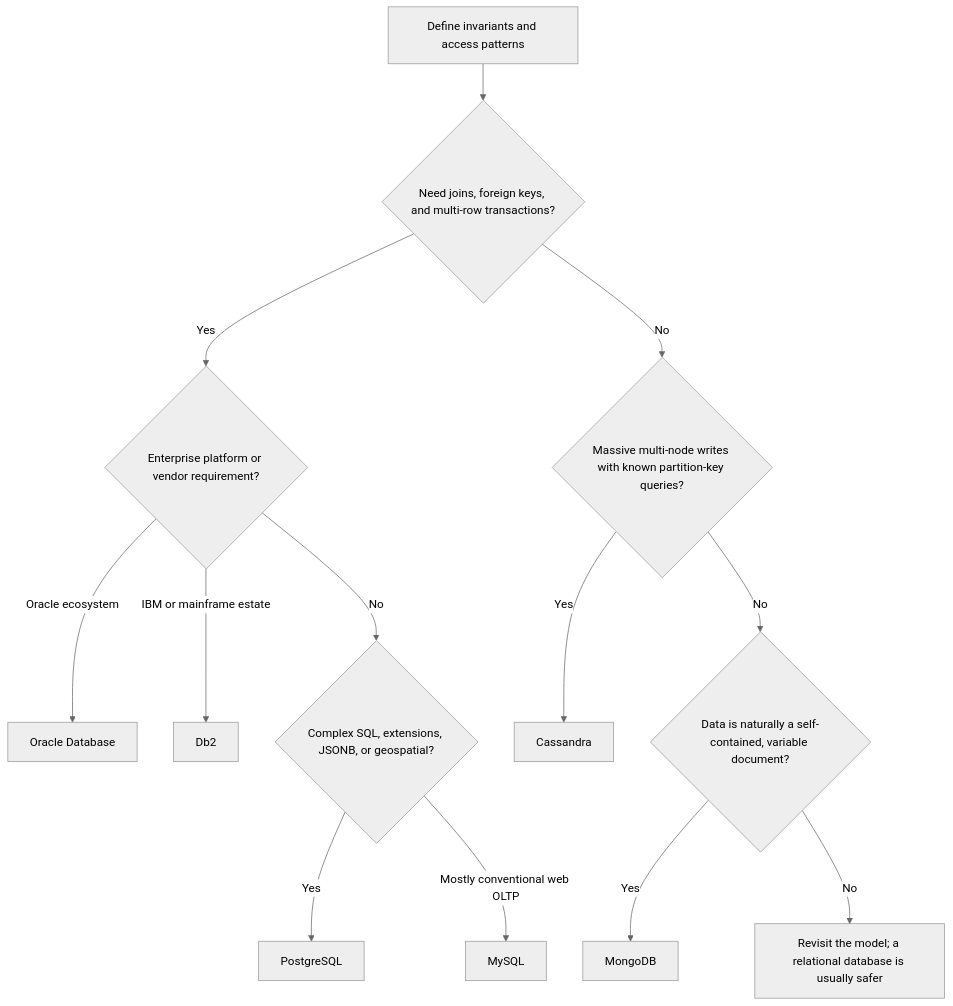
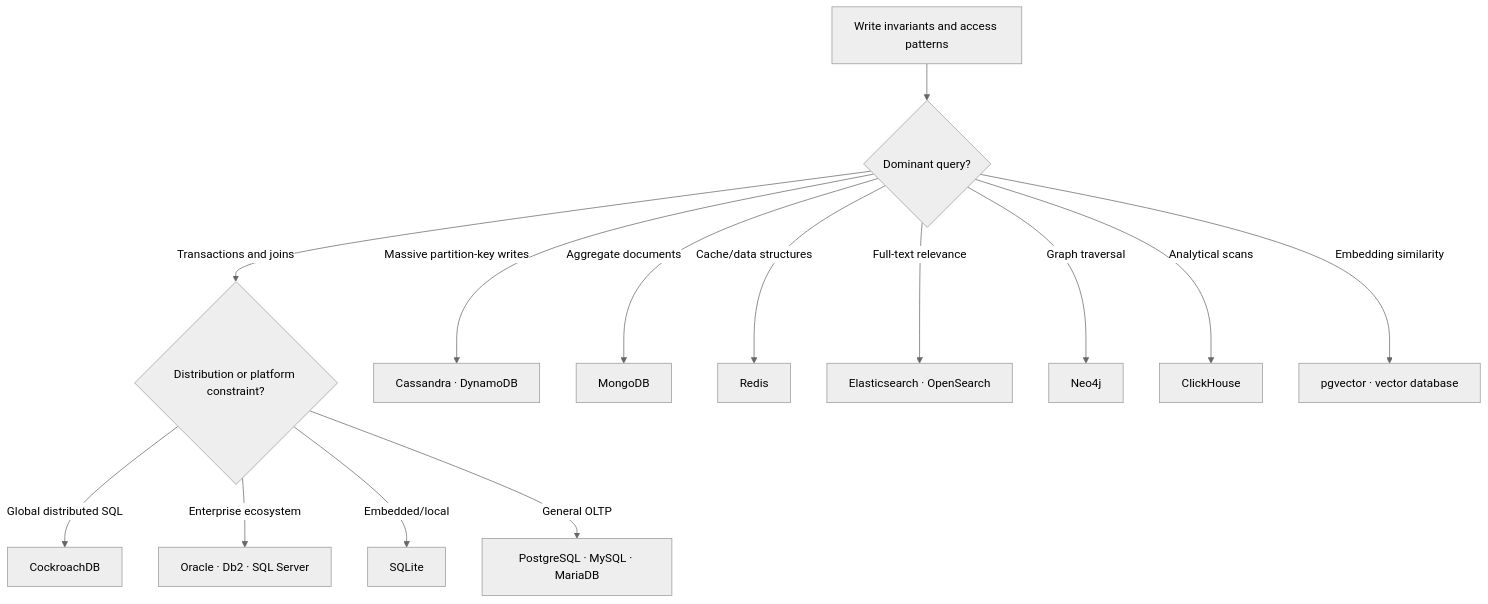
The diagram in documentation/docs/data/DATABASE-SELECTION-GUIDE.md (taukhir/shopverse), drawn with Mermaid (neutral theme) before and after one commit. The commit also changed other lines of this file and 192 other files, not shown here.

Commit message:
Improve shopverse storefront flows and UI

````diff
--- a/documentation/docs/data/DATABASE-SELECTION-GUIDE.md
+++ b/documentation/docs/data/DATABASE-SELECTION-GUIDE.md
@@ -42,15 +75,16 @@
 ```mermaid
 flowchart TD
-    A["Define invariants and access patterns"] --> B{"Need joins, foreign keys, and multi-row transactions?"}
-    B -->|Yes| C{"Enterprise platform or vendor requirement?"}
-    C -->|Oracle ecosystem| O["Oracle Database"]
-    C -->|IBM or mainframe estate| D["Db2"]
-    C -->|No| E{"Complex SQL, extensions, JSONB, or geospatial?"}
-    E -->|Yes| P["PostgreSQL"]
-    E -->|Mostly conventional web OLTP| M["MySQL"]
-    B -->|No| F{"Massive multi-node writes with known partition-key queries?"}
-    F -->|Yes| CA["Cassandra"]
-    F -->|No| G{"Data is naturally a self-contained, variable document?"}
-    G -->|Yes| MO["MongoDB"]
-    G -->|No| H["Revisit the model; a relational database is usually safer"]
+    A["Write invariants and access patterns"] --> Q{"Dominant query?"}
+    Q -->|Transactions and joins| R{"Distribution or platform constraint?"}
+    R -->|Global distributed SQL| CR["CockroachDB"]
+    R -->|Enterprise ecosystem| ENT["Oracle · Db2 · SQL Server"]
+    R -->|Embedded/local| SQ["SQLite"]
+    R -->|General OLTP| OLTP["PostgreSQL · MySQL · MariaDB"]
+    Q -->|Massive partition-key writes| KV["Cassandra · DynamoDB"]
+    Q -->|Aggregate documents| DOC["MongoDB"]
+    Q -->|Cache/data structures| RE["Redis"]
+    Q -->|Full-text relevance| SE["Elasticsearch · OpenSearch"]
+    Q -->|Graph traversal| GR["Neo4j"]
+    Q -->|Analytical scans| CH["ClickHouse"]
+    Q -->|Embedding similarity| VE["pgvector · vector database"]
 ```
````
